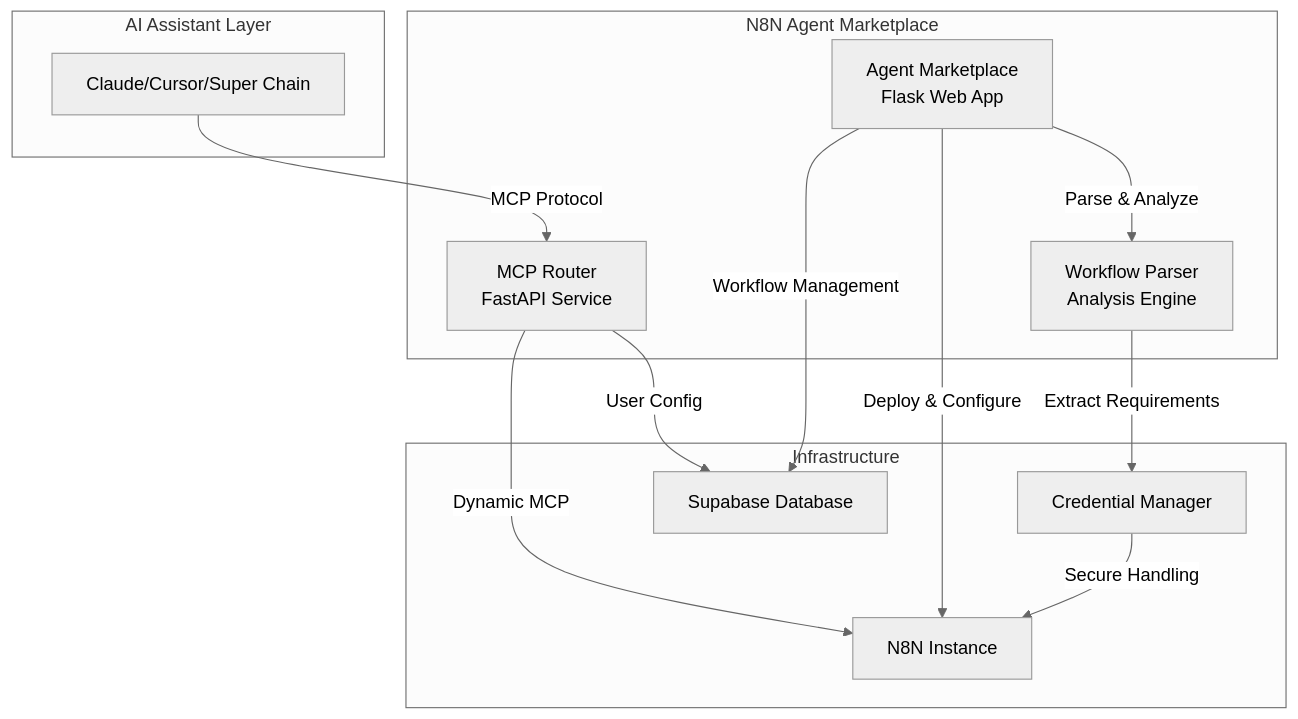
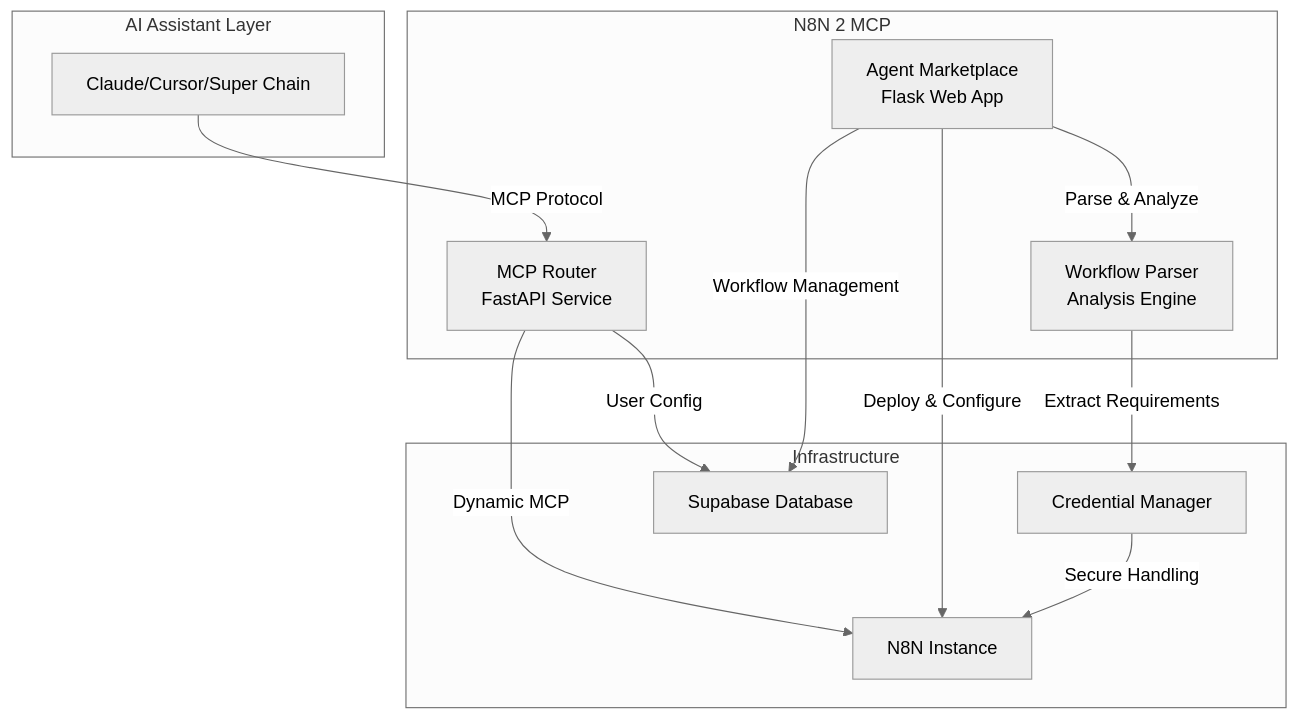
Before and after one commit to ai-Ev1lC0rP/N8N2MCP: the diagram in README.md, drawn with Mermaid (neutral theme). The commit also changed other lines of this file, not shown here.

````diff
--- a/README.md
+++ b/README.md
@@ -37,27 +37,27 @@
 ```mermaid
 graph TB
     subgraph "AI Assistant Layer"
         A[Claude/Cursor/Super Chain]
     end
     
-    subgraph "N8N Agent Marketplace"
+    subgraph "N8N 2 MCP"
         B[Agent Marketplace<br/>Flask Web App]
         C[MCP Router<br/>FastAPI Service]
         D[Workflow Parser<br/>Analysis Engine]
     end
     
     subgraph "Infrastructure"
         E[Supabase Database]
         F[N8N Instance]
         G[Credential Manager]
     end
     
     A -->|MCP Protocol| C
     C -->|Dynamic MCP| F
     B -->|Workflow Management| E
     B -->|Deploy & Configure| F
     C -->|User Config| E
     B -->|Parse & Analyze| D
     D -->|Extract Requirements| G
     G -->|Secure Handling| F
 ```
````
